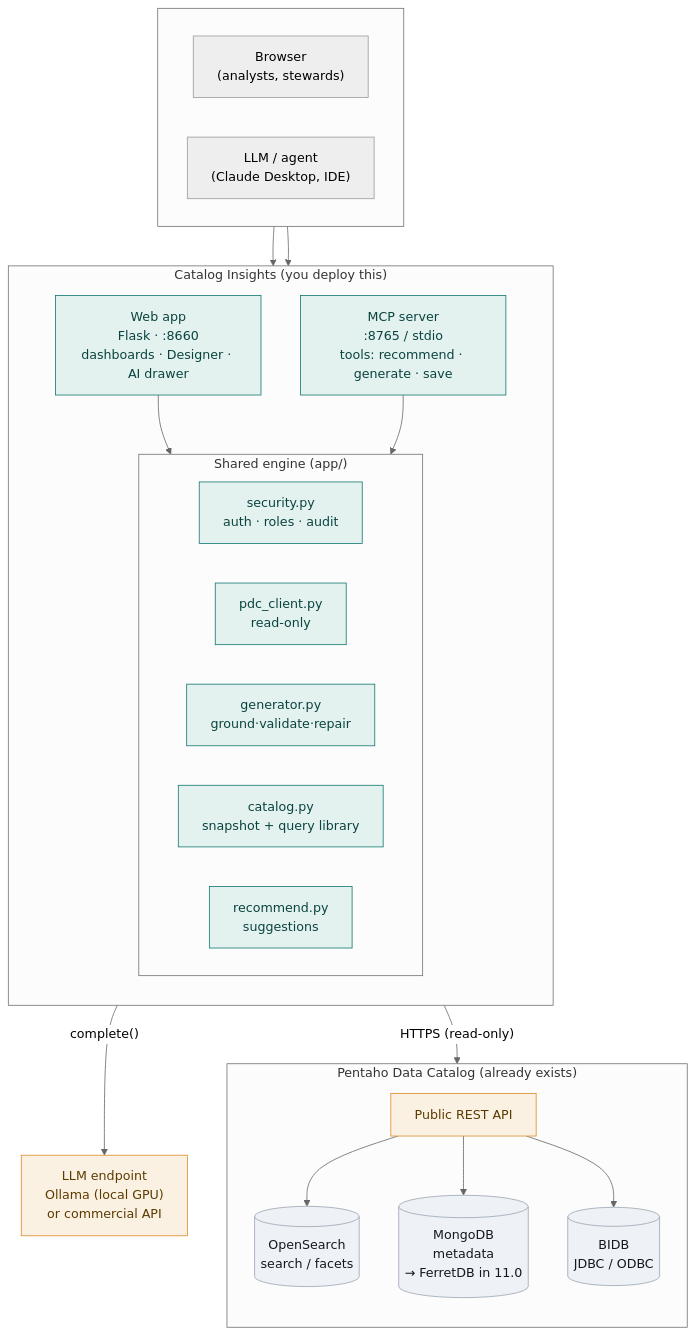
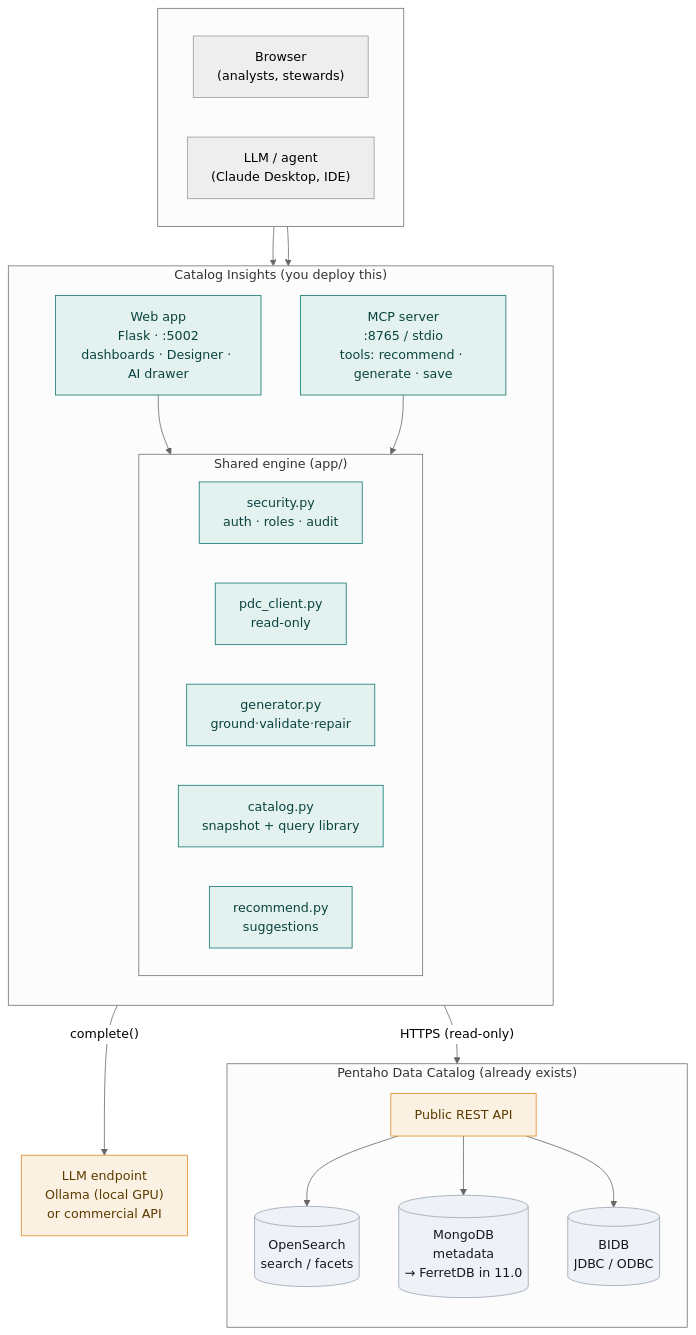
The first of 5 diagrams in docs/DIAGRAMS.md (jporeilly/PDC-Insights), drawn with Mermaid (neutral theme) before and after one commit. The commit also changed 15 other files, not shown here.

````diff
--- a/docs/DIAGRAMS.md
+++ b/docs/DIAGRAMS.md
@@ -15,48 +15,48 @@
 ```mermaid
 %% System architecture — two front doors over one shared engine
 flowchart TB
   subgraph clients[" "]
     direction LR
     U1["Browser<br/>(analysts, stewards)"]
     U2["LLM / agent<br/>(Claude Desktop, IDE)"]
   end
 
   subgraph insights["Catalog Insights (you deploy this)"]
     direction TB
-    WEB["Web app<br/>Flask · :8660<br/>dashboards · Designer · AI drawer"]
+    WEB["Web app<br/>Flask · :5002<br/>dashboards · Designer · AI drawer"]
     MCP["MCP server<br/>:8765 / stdio<br/>tools: recommend · generate · save"]
     subgraph engine["Shared engine (app/)"]
       direction LR
       SEC["security.py<br/>auth · roles · audit"]
       PC["pdc_client.py<br/>read-only"]
       GEN["generator.py<br/>ground·validate·repair"]
       CAT["catalog.py<br/>snapshot + query library"]
       REC["recommend.py<br/>suggestions"]
     end
     WEB --> engine
     MCP --> engine
   end
 
   subgraph pdc["Pentaho Data Catalog (already exists)"]
     direction TB
     API["Public REST API"]
     OS[("OpenSearch<br/>search / facets")]
     MG[("MongoDB<br/>metadata<br/>→ FerretDB in 11.0")]
     BI[("BIDB<br/>JDBC / ODBC")]
     API --> OS
     API --> MG
     API --> BI
   end
 
   LLM["LLM endpoint<br/>Ollama (local GPU)<br/>or commercial API"]
 
   U1 --> WEB
   U2 --> MCP
   PC -- "HTTPS (read-only)" --> API
   GEN -- "complete()" --> LLM
 
   classDef store fill:#eef2f7,stroke:#9aa4b2,color:#14181f;
   classDef ours fill:#e3f1ef,stroke:#0f766e,color:#0a443f;
   classDef ext fill:#fbf1e2,stroke:#dd8a26,color:#5c3b00;
   class OS,MG,BI store; class WEB,MCP,SEC,PC,GEN,CAT,REC ours; class API,LLM ext;
 ```
````
